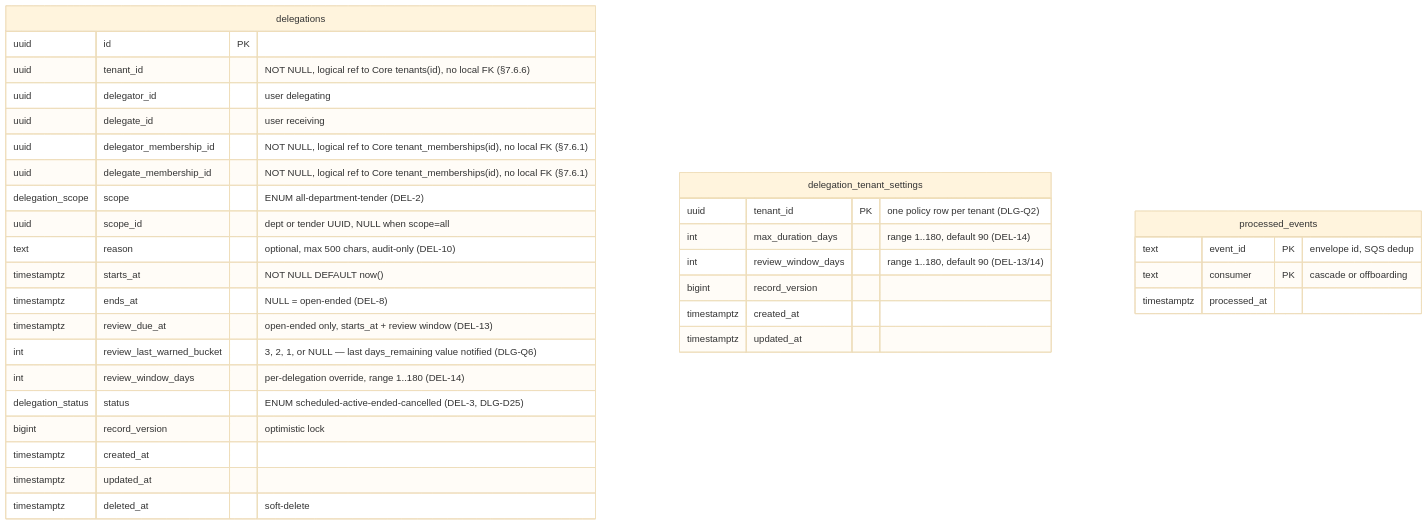
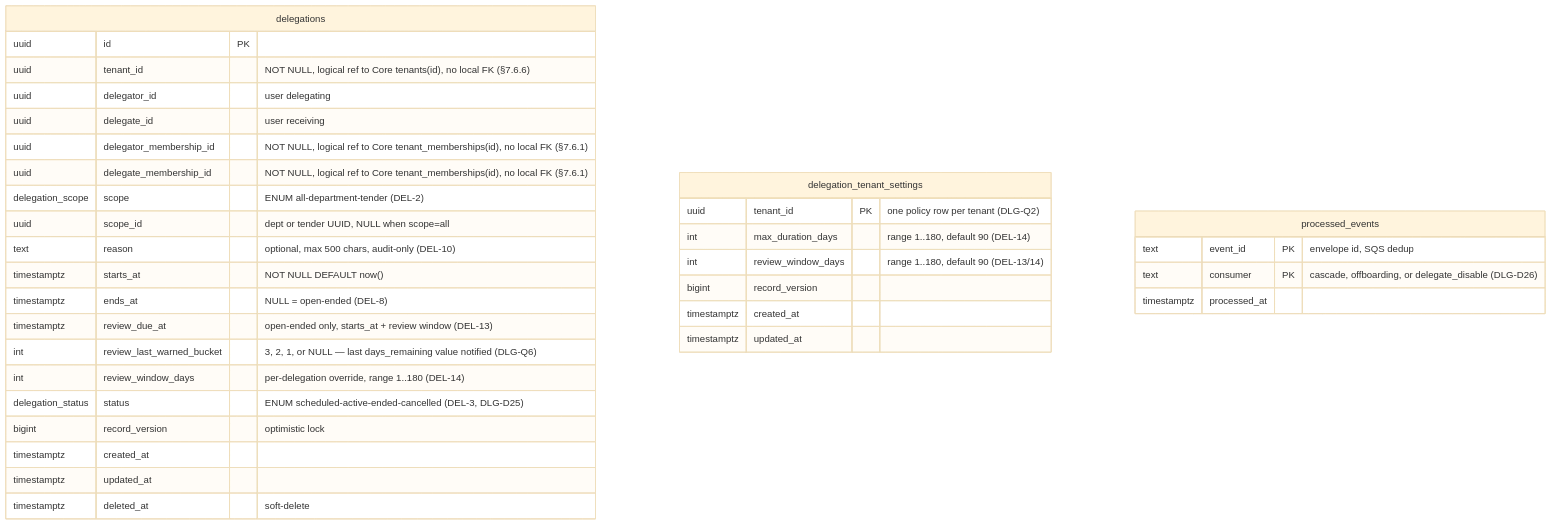
The first of 10 diagrams in docs/lld/iam-lld-delegation-service.md (BCBP-SOLUTIONS-FZC-LLC/iam-delegation), drawn with Mermaid (base theme) before and after one commit. The commit also changed other lines of this file and 48 other files, not shown here.

````diff
--- a/docs/lld/iam-lld-delegation-service.md
+++ b/docs/lld/iam-lld-delegation-service.md
@@ -239,37 +241,37 @@
 ```mermaid
 erDiagram
     delegations {
         uuid id PK
         uuid tenant_id "NOT NULL, logical ref to Core tenants(id), no local FK (§7.6.6)"
         uuid delegator_id "user delegating"
         uuid delegate_id "user receiving"
         uuid delegator_membership_id "NOT NULL, logical ref to Core tenant_memberships(id), no local FK (§7.6.1)"
         uuid delegate_membership_id "NOT NULL, logical ref to Core tenant_memberships(id), no local FK (§7.6.1)"
         delegation_scope scope "ENUM all-department-tender (DEL-2)"
         uuid scope_id "dept or tender UUID, NULL when scope=all"
         text reason "optional, max 500 chars, audit-only (DEL-10)"
         timestamptz starts_at "NOT NULL DEFAULT now()"
         timestamptz ends_at "NULL = open-ended (DEL-8)"
         timestamptz review_due_at "open-ended only, starts_at + review window (DEL-13)"
         int review_last_warned_bucket "3, 2, 1, or NULL — last days_remaining value notified (DLG-Q6)"
         int review_window_days "per-delegation override, range 1..180 (DEL-14)"
         delegation_status status "ENUM scheduled-active-ended-cancelled (DEL-3, DLG-D25)"
         bigint record_version "optimistic lock"
         timestamptz created_at
         timestamptz updated_at
         timestamptz deleted_at "soft-delete"
     }
     delegation_tenant_settings {
         uuid tenant_id PK "one policy row per tenant (DLG-Q2)"
         int max_duration_days "range 1..180, default 90 (DEL-14)"
         int review_window_days "range 1..180, default 90 (DEL-13/14)"
         bigint record_version
         timestamptz created_at
         timestamptz updated_at
     }
     processed_events {
         text event_id PK "envelope id, SQS dedup"
-        text consumer PK "cascade or offboarding"
+        text consumer PK "cascade, offboarding, or delegate_disable (DLG-D26)"
         timestamptz processed_at
     }
 ```
````
